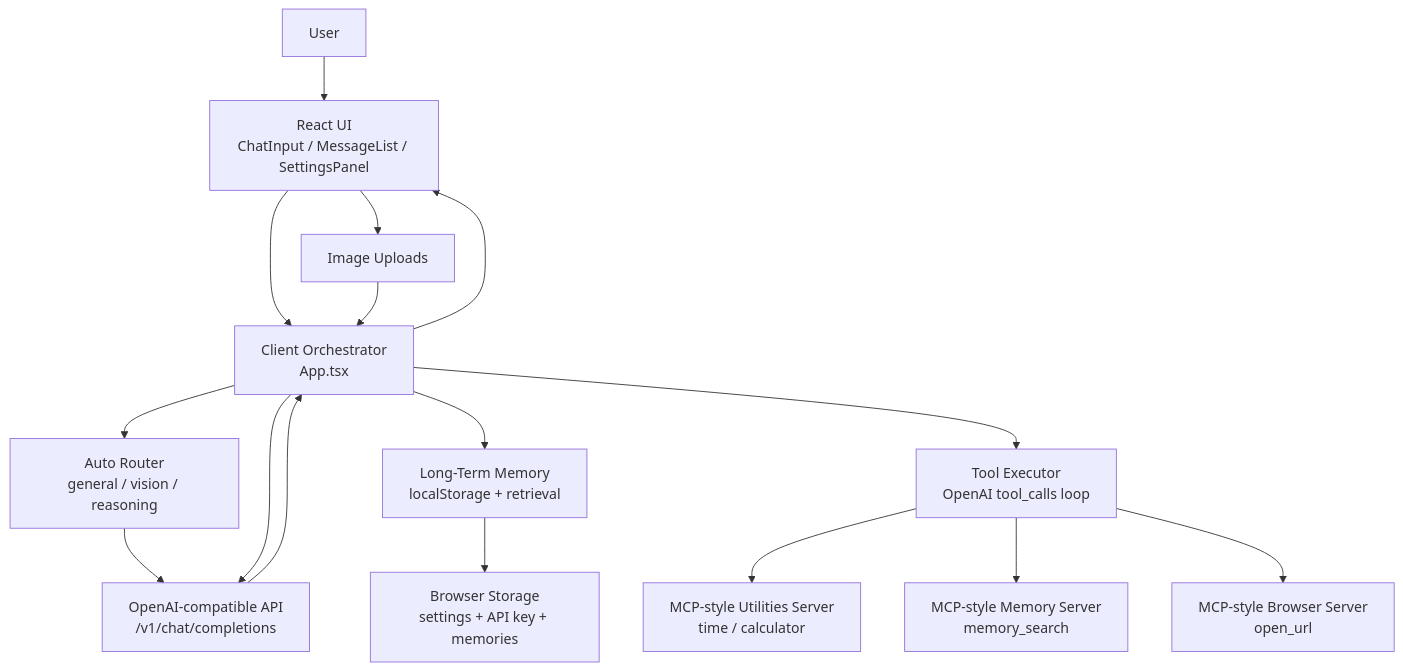
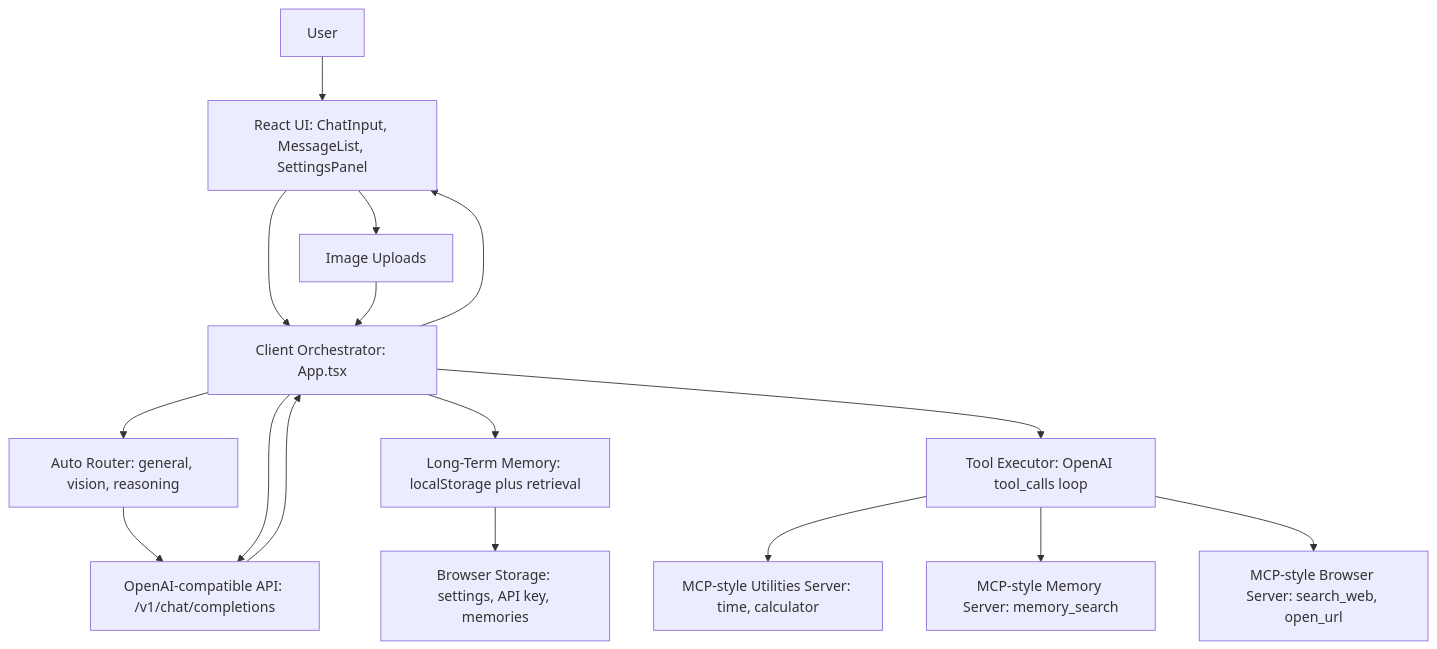
The diagram in docs/system-architecture-diagram.md (kdotwei/llm-chat), drawn with Mermaid before and after one commit. The commit also changed 8 other files, not shown here.

First line of the commit message:
feat: enhance Browser Server with web search summarization and improved UX

````diff
--- a/docs/system-architecture-diagram.md
+++ b/docs/system-architecture-diagram.md
@@ -3,24 +3,24 @@
 ```mermaid
 flowchart TD
-    U["User"] --> UI["React UI<br/>ChatInput / MessageList / SettingsPanel"]
-    UI --> ORCH["Client Orchestrator<br/>App.tsx"]
+    U["User"] --> UI["React UI: ChatInput, MessageList, SettingsPanel"]
+    UI --> ORCH["Client Orchestrator: App.tsx"]
 
-    ORCH --> ROUTER["Auto Router<br/>general / vision / reasoning"]
-    ORCH --> MEM["Long-Term Memory<br/>localStorage + retrieval"]
-    ORCH --> TOOL["Tool Executor<br/>OpenAI tool_calls loop"]
+    ORCH --> ROUTER["Auto Router: general, vision, reasoning"]
+    ORCH --> MEM["Long-Term Memory: localStorage plus retrieval"]
+    ORCH --> TOOL["Tool Executor: OpenAI tool_calls loop"]
 
-    MEM --> STORE["Browser Storage<br/>settings + API key + memories"]
+    MEM --> STORE["Browser Storage: settings, API key, memories"]
 
-    TOOL --> MCP1["MCP-style Utilities Server<br/>time / calculator"]
-    TOOL --> MCP2["MCP-style Memory Server<br/>memory_search"]
-    TOOL --> MCP3["MCP-style Browser Server<br/>open_url"]
+    TOOL --> MCP1["MCP-style Utilities Server: time, calculator"]
+    TOOL --> MCP2["MCP-style Memory Server: memory_search"]
+    TOOL --> MCP3["MCP-style Browser Server: search_web, open_url"]
 
-    ROUTER --> API["OpenAI-compatible API<br/>/v1/chat/completions"]
+    ROUTER --> API["OpenAI-compatible API: /v1/chat/completions"]
 
     UI --> IMG["Image Uploads"]
     IMG --> ORCH
     ORCH --> API
 
     API --> ORCH
     ORCH --> UI
 ```
````
